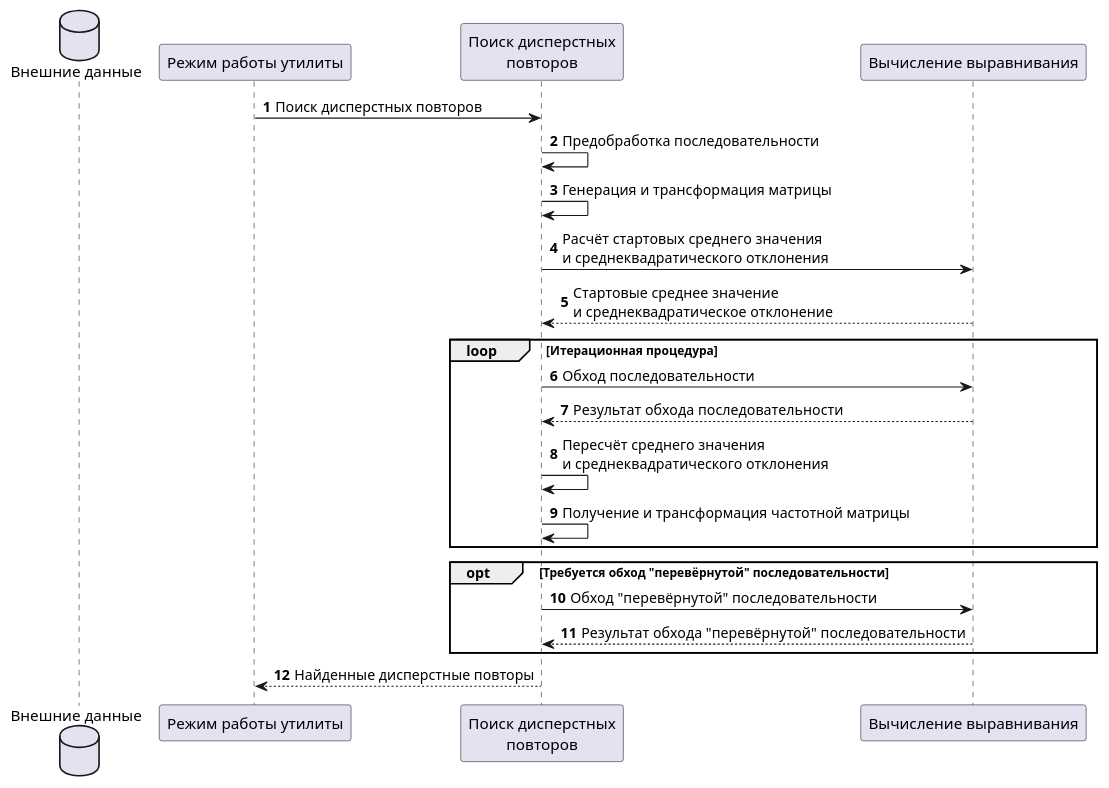
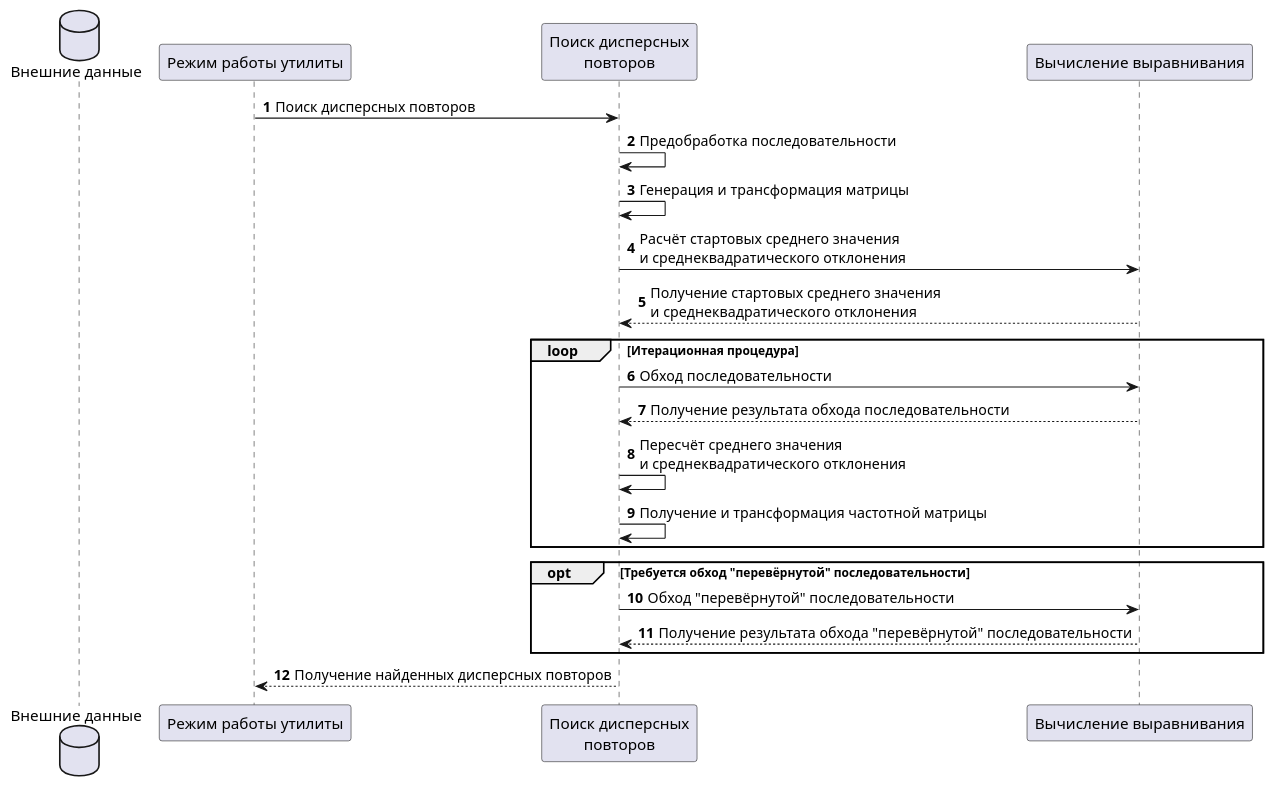
Before and after one commit to ikramanop/aligner: the diagram in diagrams/scheme_search.puml, drawn with PlantUML. The commit also changed 5 other files, not shown here.

```diff
--- a/diagrams/scheme_search.puml
+++ b/diagrams/scheme_search.puml
@@ -1,26 +1,26 @@
 @startuml
 
 database "Внешние данные" as data
 participant "Режим работы утилиты" as calc
-participant "Поиск дисперстных\nповторов" as search
+participant "Поиск дисперсных\nповторов" as search
 participant "Вычисление выравнивания" as align
 
 autonumber
-calc -> search: Поиск дисперстных повторов
+calc -> search: Поиск дисперсных повторов
 search -> search: Предобработка последовательности
 search -> search: Генерация и трансформация матрицы
 search -> align: Расчёт стартовых среднего значения\nи среднеквадратического отклонения
-align --> search: Стартовые среднее значение\nи среднеквадратическое отклонение
+align --> search: Получение стартовых среднего значения\nи среднеквадратического отклонения
 loop Итерационная процедура
     search -> align: Обход последовательности
-    align --> search: Результат обхода последовательности
+    align --> search: Получение результата обхода последовательности
     search -> search: Пересчёт среднего значения\nи среднеквадратического отклонения
     search -> search: Получение и трансформация частотной матрицы
 end
 opt Требуется обход "перевёрнутой" последовательности
     search -> align: Обход "перевёрнутой" последовательности
-    align --> search: Результат обхода "перевёрнутой" последовательности
+    align --> search: Получение результата обхода "перевёрнутой" последовательности
 end
-search --> calc: Найденные дисперстные повторы
+search --> calc: Получение найденных дисперсных повторов
 
 @enduml
```
